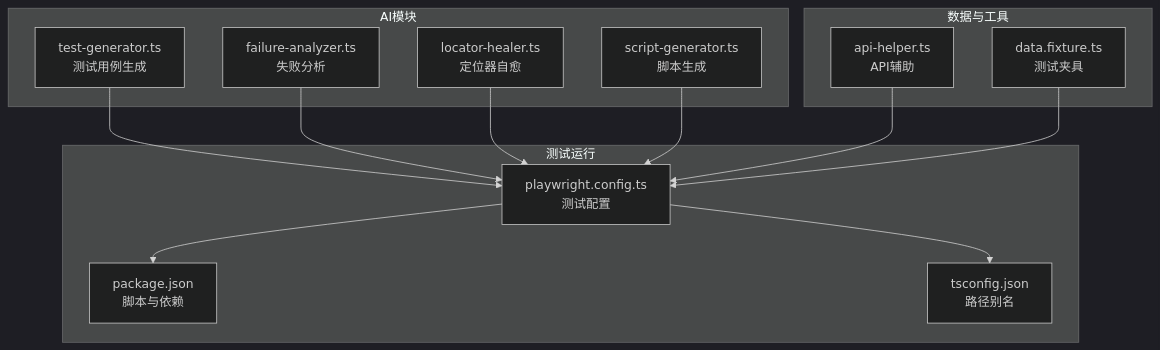
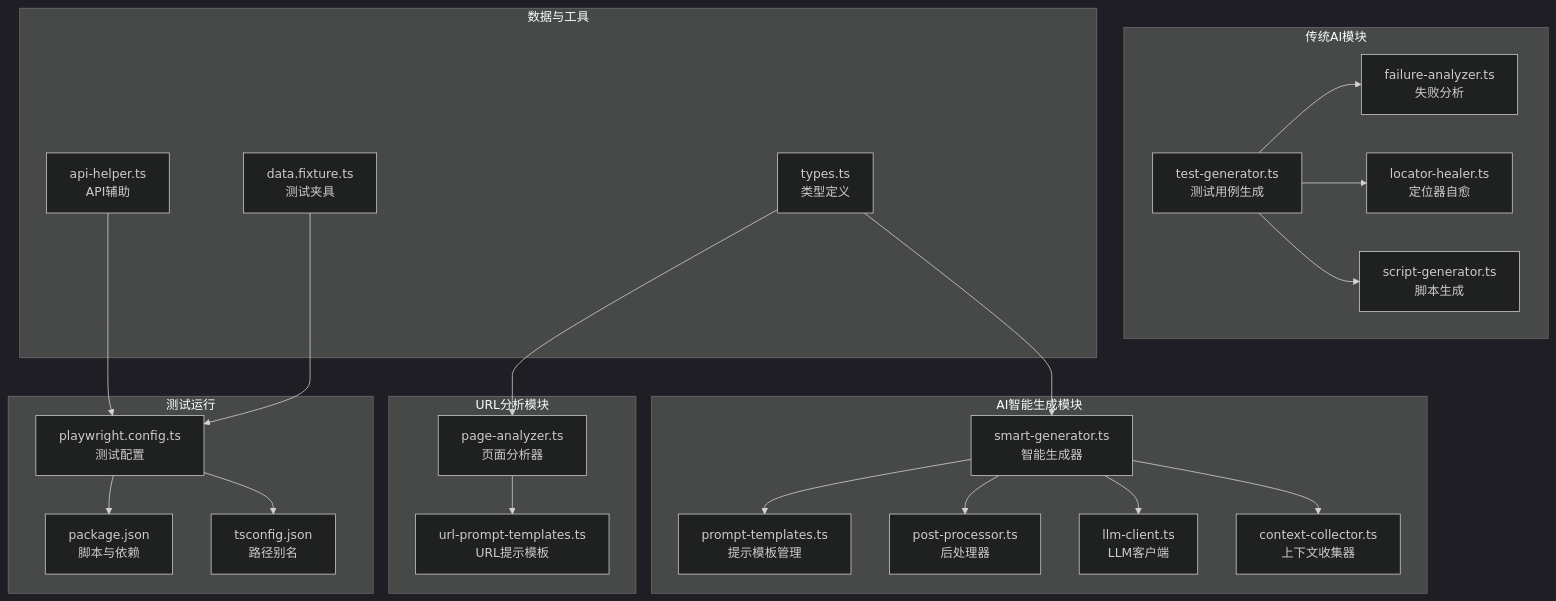
Before and after one commit to zzgoviziwind/--playwright: the first of 5 diagrams in .qoder/repowiki/zh/content/AI测试生成系统/AI测试用例生成器.md, drawn with Mermaid (dark theme). The commit also changed other lines of this file and 112 other files, not shown here.

````diff
--- a/.qoder/repowiki/zh/content/AI测试生成系统/AI测试用例生成器.md
+++ b/.qoder/repowiki/zh/content/AI测试生成系统/AI测试用例生成器.md
@@ -40,26 +60,44 @@
 ```mermaid
 graph TB
-subgraph "AI模块"
+subgraph "AI智能生成模块"
+SG["smart-generator.ts<br/>智能生成器"]
+PT["prompt-templates.ts<br/>提示模板管理"]
+PP["post-processor.ts<br/>后处理器"]
+LC["llm-client.ts<br/>LLM客户端"]
+CC["context-collector.ts<br/>上下文收集器"]
+end
+subgraph "URL分析模块"
+PA["page-analyzer.ts<br/>页面分析器"]
+UPT["url-prompt-templates.ts<br/>URL提示模板"]
+end
+subgraph "传统AI模块"
 TG["test-generator.ts<br/>测试用例生成"]
 FA["failure-analyzer.ts<br/>失败分析"]
 LH["locator-healer.ts<br/>定位器自愈"]
-SG["script-generator.ts<br/>脚本生成"]
+SG2["script-generator.ts<br/>脚本生成"]
 end
 subgraph "测试运行"
 PC["playwright.config.ts<br/>测试配置"]
 PJ["package.json<br/>脚本与依赖"]
 TS["tsconfig.json<br/>路径别名"]
 end
 subgraph "数据与工具"
 AH["api-helper.ts<br/>API辅助"]
 DF["data.fixture.ts<br/>测试夹具"]
+TY["types.ts<br/>类型定义"]
 end
-TG --> PC
-FA --> PC
-LH --> PC
-SG --> PC
+SG --> PT
+SG --> PP
+SG --> LC
+SG --> CC
+PA --> UPT
+TG --> FA
+TG --> LH
+TG --> SG2
 AH --> PC
 DF --> PC
+TY --> SG
+TY --> PA
 PC --> PJ
 PC --> TS
 ```
````
